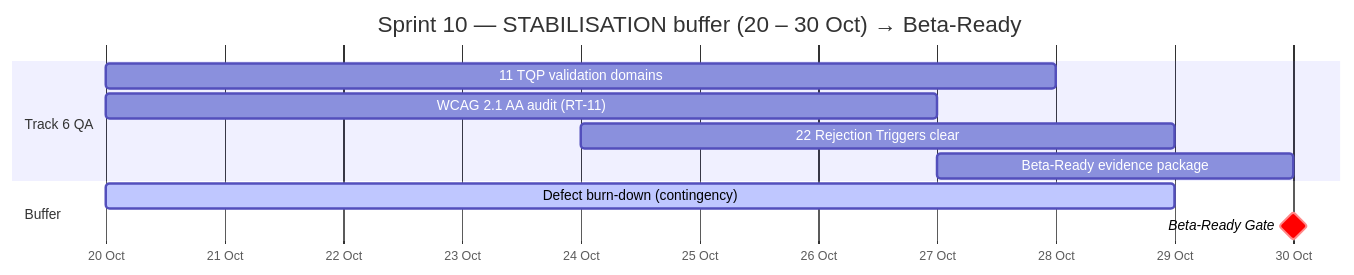
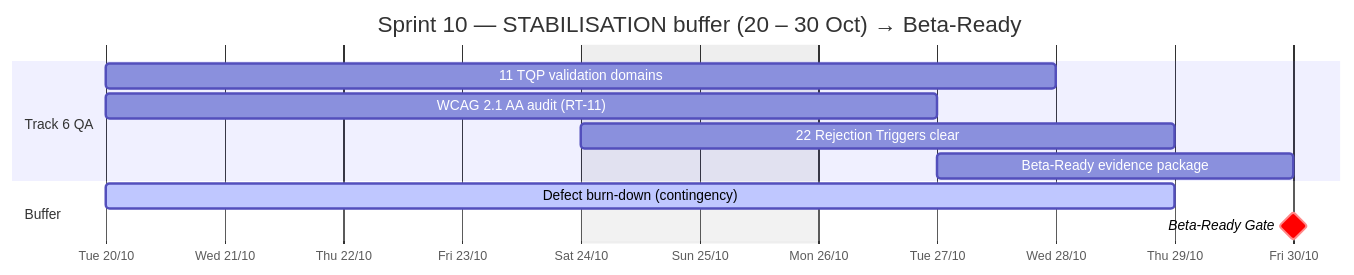
Diagram 12 of 13 in docs/planning.md (giakhanh22024558/Trackaroo-Cheat-Sheat), drawn with Mermaid before and after one commit. The commit also changed other lines of this file and 1 other file, not shown here.

First line of the commit message:
planning: Sprint 0 register reframed to Tasks (S0-) + Topic/Concern/Criteria; gantt polish

````diff
--- a/docs/planning.md
+++ b/docs/planning.md
@@ -396,14 +416,16 @@
 ```mermaid
 gantt
     title Sprint 10 — STABILISATION buffer (20 – 30 Oct) → Beta-Ready
     dateFormat YYYY-MM-DD
-    axisFormat %d %b
+    axisFormat %a %d/%m
+    tickInterval 1day
+    excludes weekends
     section Track 6 QA
     11 TQP validation domains       :2026-10-20, 2026-10-28
     WCAG 2.1 AA audit (RT-11)       :2026-10-20, 2026-10-27
     22 Rejection Triggers clear     :2026-10-24, 2026-10-29
     Beta-Ready evidence package     :2026-10-27, 2026-10-30
     section Buffer
     Defect burn-down (contingency)  :active, 2026-10-20, 2026-10-29
     Beta-Ready Gate                 :milestone, crit, 2026-10-30, 0d
 ```
````
